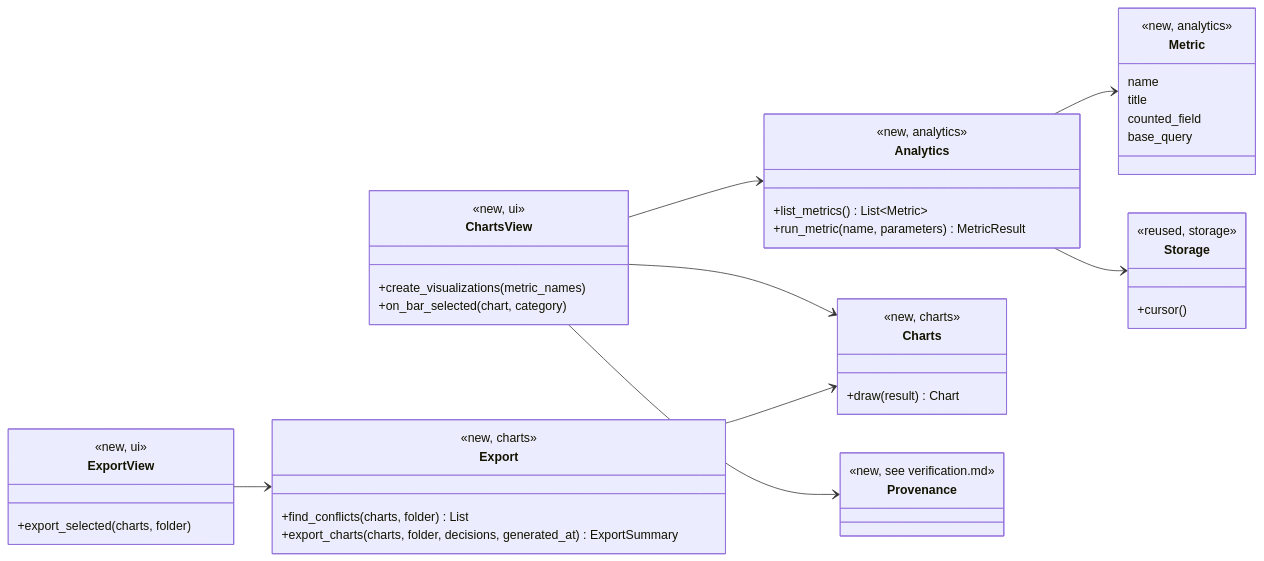
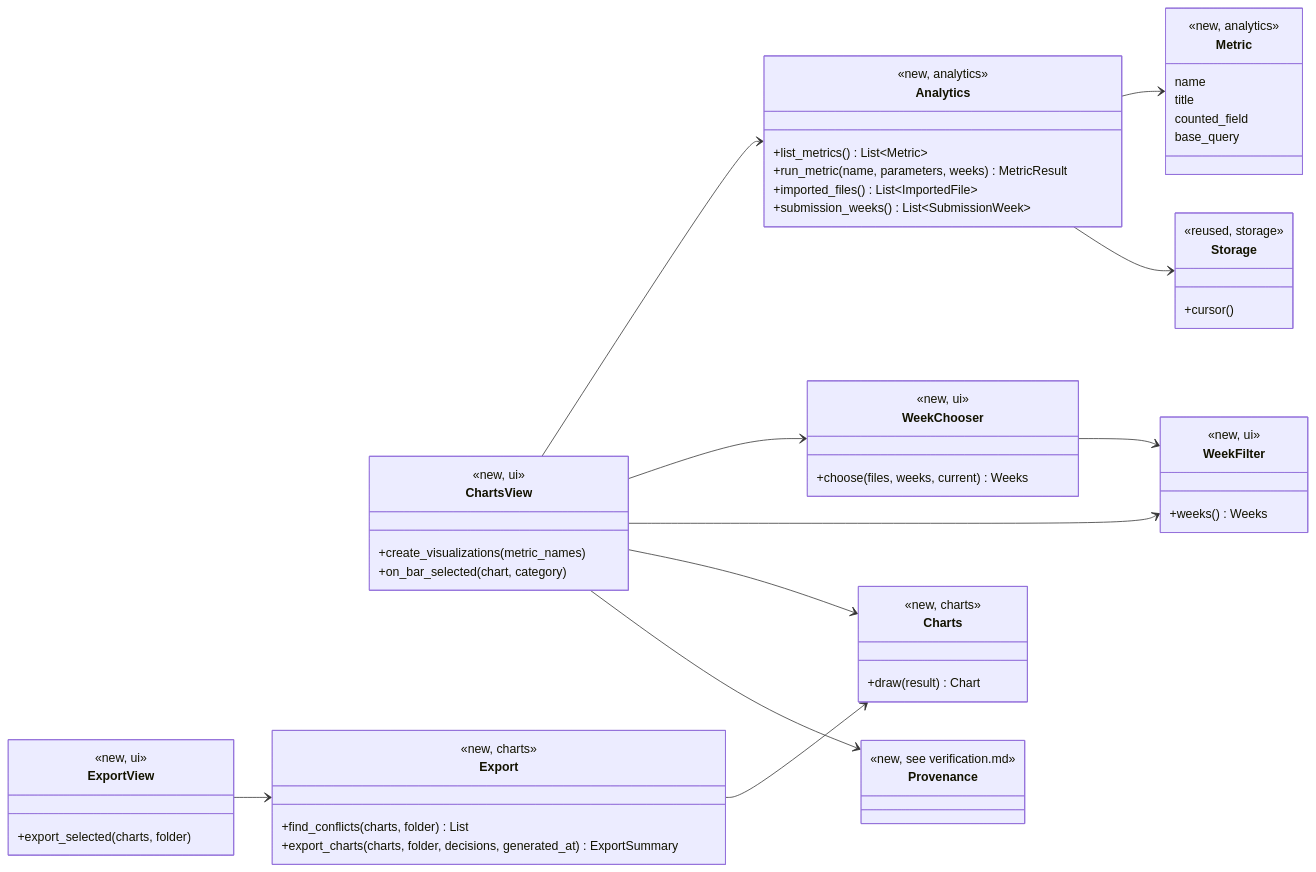
The first of 3 diagrams in docs/design/visualization.md (PathNotFound404/cosc-40943-team-06-USPTO), drawn with Mermaid before and after one commit. The commit also changed other lines of this file and 27 other files, not shown here.

````diff
--- a/docs/design/visualization.md
+++ b/docs/design/visualization.md
@@ -28,48 +28,61 @@
 ```mermaid
 classDiagram
     direction LR
     class ChartsView {
         <<new, ui>>
         +create_visualizations(metric_names)
         +on_bar_selected(chart, category)
     }
+    class WeekChooser {
+        <<new, ui>>
+        +choose(files, weeks, current) Weeks
+    }
+    class WeekFilter {
+        <<new, ui>>
+        +weeks() Weeks
+    }
     class ExportView {
         <<new, ui>>
         +export_selected(charts, folder)
     }
     class Analytics {
         <<new, analytics>>
         +list_metrics() List~Metric~
-        +run_metric(name, parameters) MetricResult
+        +run_metric(name, parameters, weeks) MetricResult
+        +imported_files() List~ImportedFile~
+        +submission_weeks() List~SubmissionWeek~
     }
     class Metric {
         <<new, analytics>>
         name
         title
         counted_field
         base_query
     }
     class Charts {
         <<new, charts>>
         +draw(result) Chart
     }
     class Export {
         <<new, charts>>
         +find_conflicts(charts, folder) List
         +export_charts(charts, folder, decisions, generated_at) ExportSummary
     }
     class Storage {
         <<reused, storage>>
         +cursor()
     }
     class Provenance {
         <<new, see verification.md>>
     }
     ChartsView --> Analytics
+    ChartsView --> WeekChooser
+    ChartsView --> WeekFilter
+    WeekChooser --> WeekFilter
     ChartsView --> Charts
     ChartsView --> Provenance
     ExportView --> Export
     Analytics --> Metric
     Analytics --> Storage
     Export --> Charts
 ```
````
